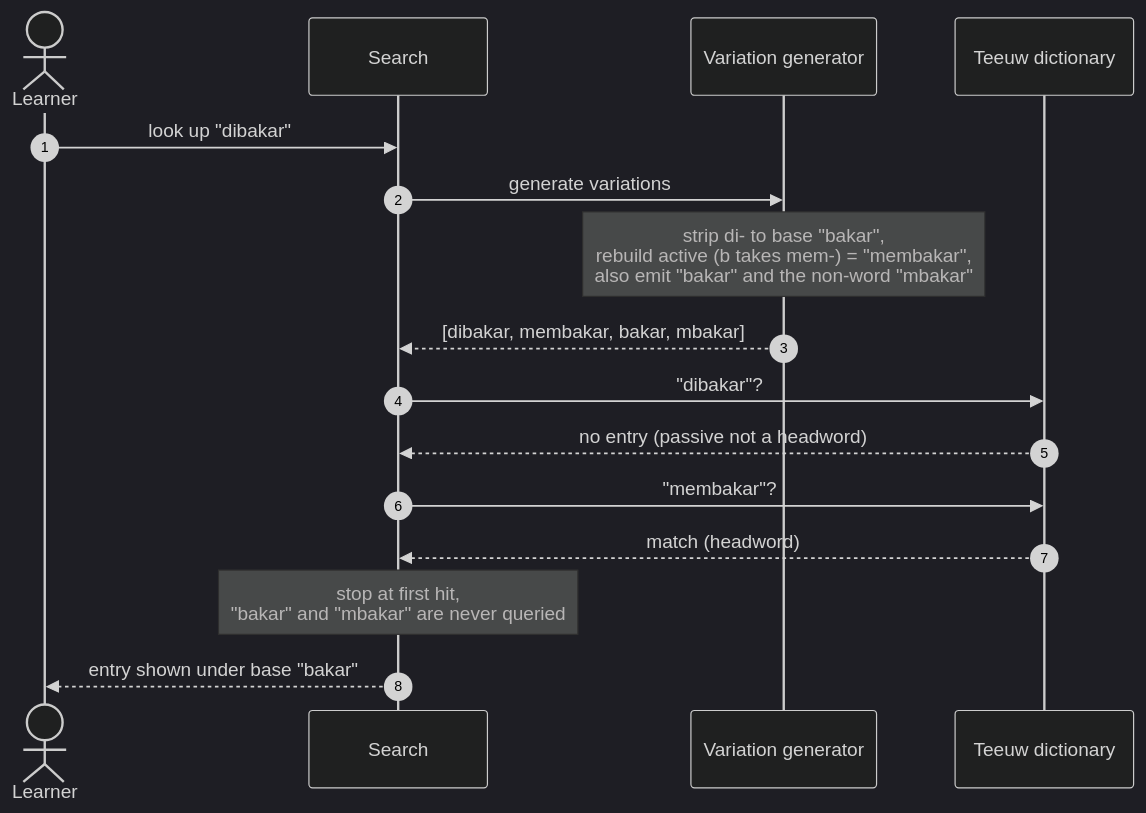
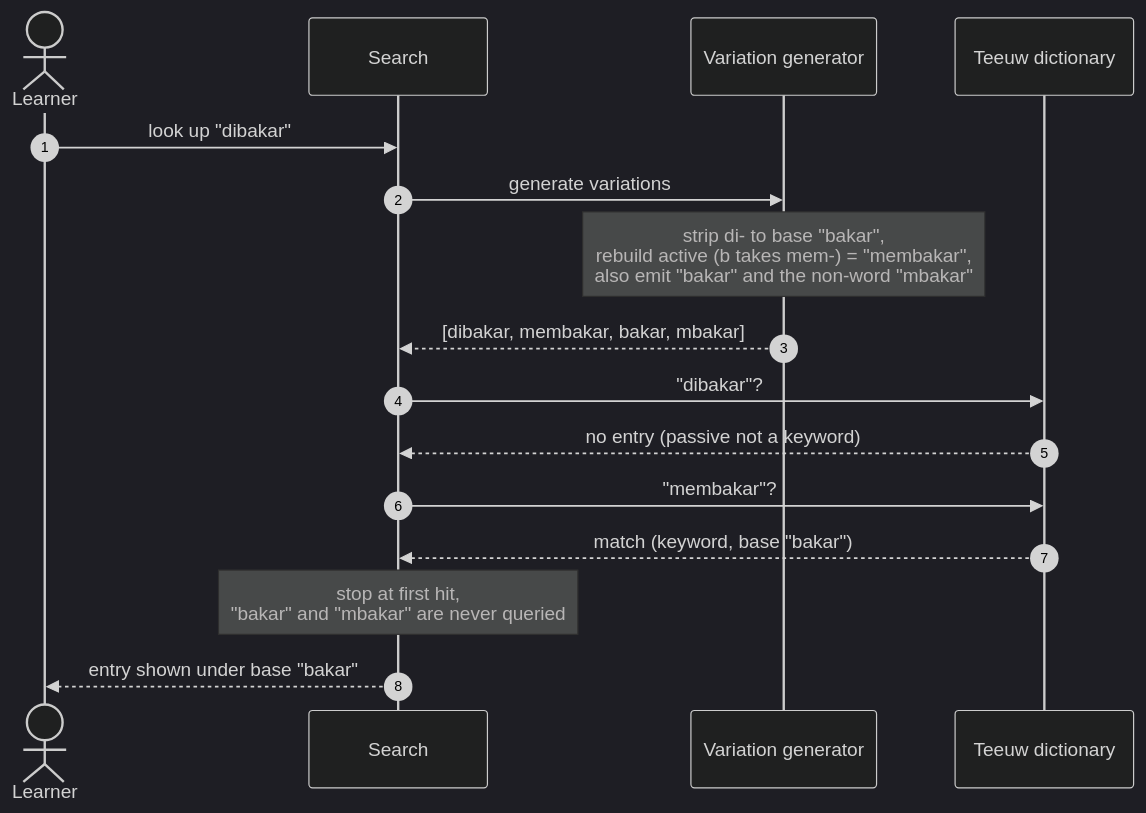
One commit to remarcmij/taalwiz-mono changed the first of 2 diagrams in apps/docs/docs/guide/how-search-works.md. Above: the diagram before and after it, drawn with Mermaid (dark theme). The commit also changed other lines of this file and 2 other files, not shown here.

````diff
--- a/apps/docs/docs/guide/how-search-works.md
+++ b/apps/docs/docs/guide/how-search-works.md
@@ -106,19 +133,19 @@
 ```mermaid
 sequenceDiagram
     autonumber
     actor U as Learner
     participant S as Search
     participant G as Variation generator
     participant D as Teeuw dictionary
 
     U->>S: look up "dibakar"
     S->>G: generate variations
     Note over G: strip di- to base "bakar",<br/>rebuild active (b takes mem-) = "membakar",<br/>also emit "bakar" and the non-word "mbakar"
     G-->>S: [dibakar, membakar, bakar, mbakar]
     S->>D: "dibakar"?
-    D-->>S: no entry (passive not a headword)
+    D-->>S: no entry (passive not a keyword)
     S->>D: "membakar"?
-    D-->>S: match (headword)
+    D-->>S: match (keyword, base "bakar")
     Note over S: stop at first hit,<br/>"bakar" and "mbakar" are never queried
     S-->>U: entry shown under base "bakar"
 ```
````
